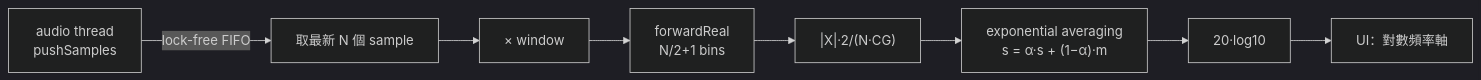
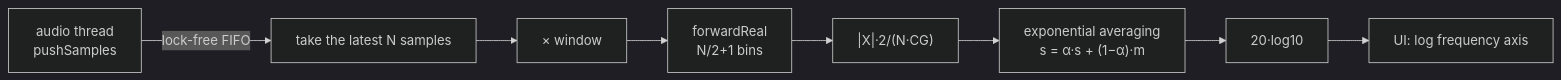
Before and after one commit to TomHsieh300/DAW-for-fun: the second of 2 diagrams in lessons/11-metering-fft/README.md, drawn with Mermaid (dark theme). The commit also changed other lines of this file and 25 other files, not shown here.

````diff
--- a/lessons/11-metering-fft/README.md
+++ b/lessons/11-metering-fft/README.md
@@ -588,6 +591,6 @@
 ```mermaid
 flowchart LR
-    A[audio thread<br/>pushSamples] -->|lock-free FIFO| B[取最新 N 個 sample]
+    A[audio thread<br/>pushSamples] -->|lock-free FIFO| B[take the latest N samples]
     B --> C[× window] --> D[forwardReal<br/>N/2+1 bins] --> E["|X|·2/(N·CG)"]
-    E --> F["exponential averaging<br/>s = α·s + (1−α)·m"] --> G[20·log10] --> H[UI：對數頻率軸]
+    E --> F["exponential averaging<br/>s = α·s + (1−α)·m"] --> G[20·log10] --> H[UI: log frequency axis]
 ```
````
